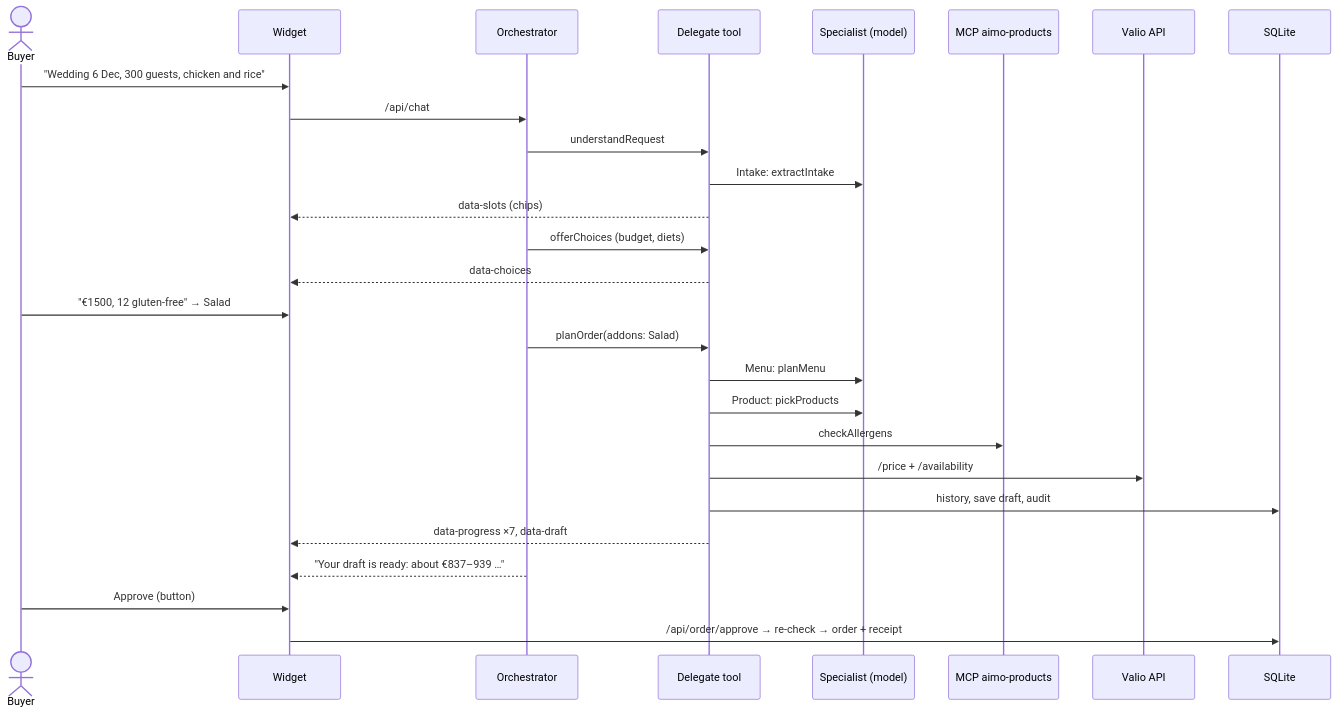
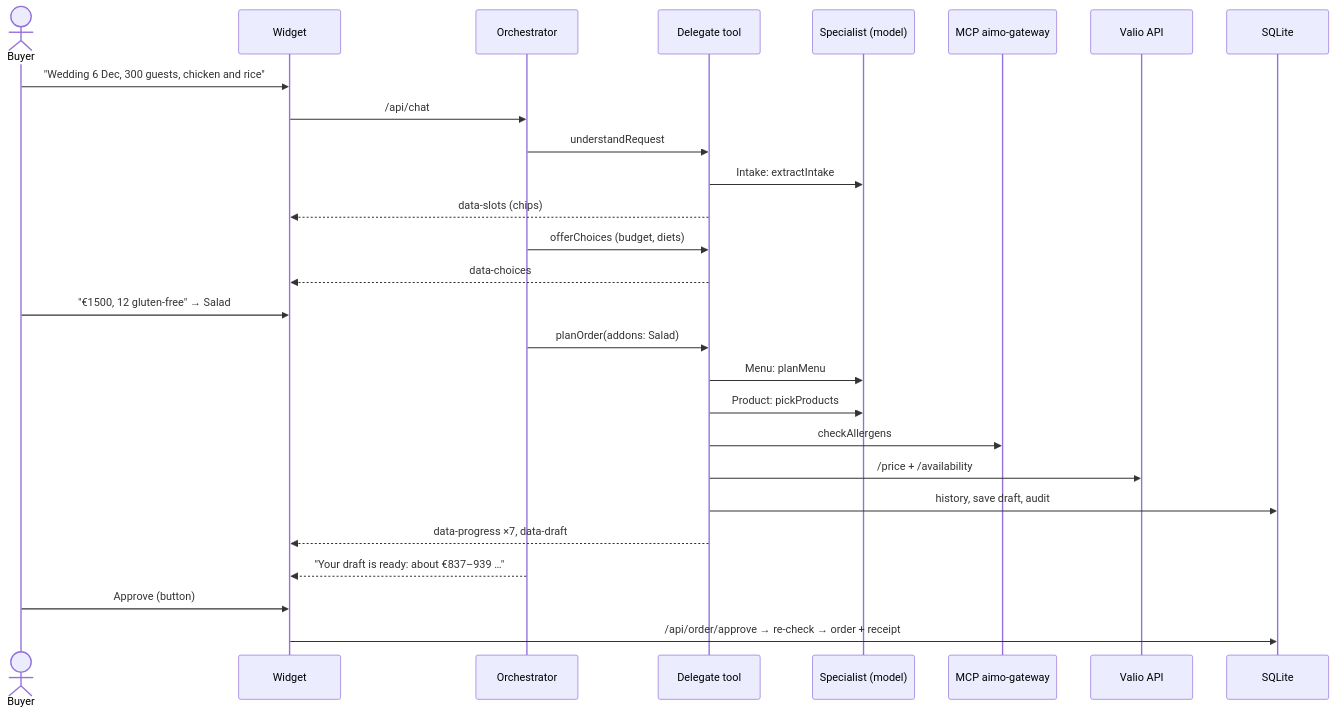
Before and after one commit to Viettranni/AimoValio-Junction2026: the fourth of 4 diagrams in MCP.md, drawn with Mermaid. The commit also changed other lines of this file and 4 other files, not shown here.

````diff
--- a/MCP.md
+++ b/MCP.md
@@ -137,30 +176,30 @@
 ```mermaid
 sequenceDiagram
   actor B as Buyer
   participant W as Widget
   participant O as Orchestrator
   participant T as Delegate tool
   participant S as Specialist (model)
-  participant M as MCP aimo-products
+  participant M as MCP aimo-gateway
   participant V as Valio API
   participant D as SQLite
 
   B->>W: "Wedding 6 Dec, 300 guests, chicken and rice"
   W->>O: /api/chat
   O->>T: understandRequest
   T->>S: Intake: extractIntake
   T-->>W: data-slots (chips)
   O->>T: offerChoices (budget, diets)
   T-->>W: data-choices
   B->>W: "€1500, 12 gluten-free" → Salad
   O->>T: planOrder(addons: Salad)
   T->>S: Menu: planMenu
   T->>S: Product: pickProducts
   T->>M: checkAllergens
   T->>V: /price + /availability
   T->>D: history, save draft, audit
   T-->>W: data-progress ×7, data-draft
   O-->>W: "Your draft is ready: about €837–939 …"
   B->>W: Approve (button)
   W->>D: /api/order/approve → re-check → order + receipt
 ```
````
